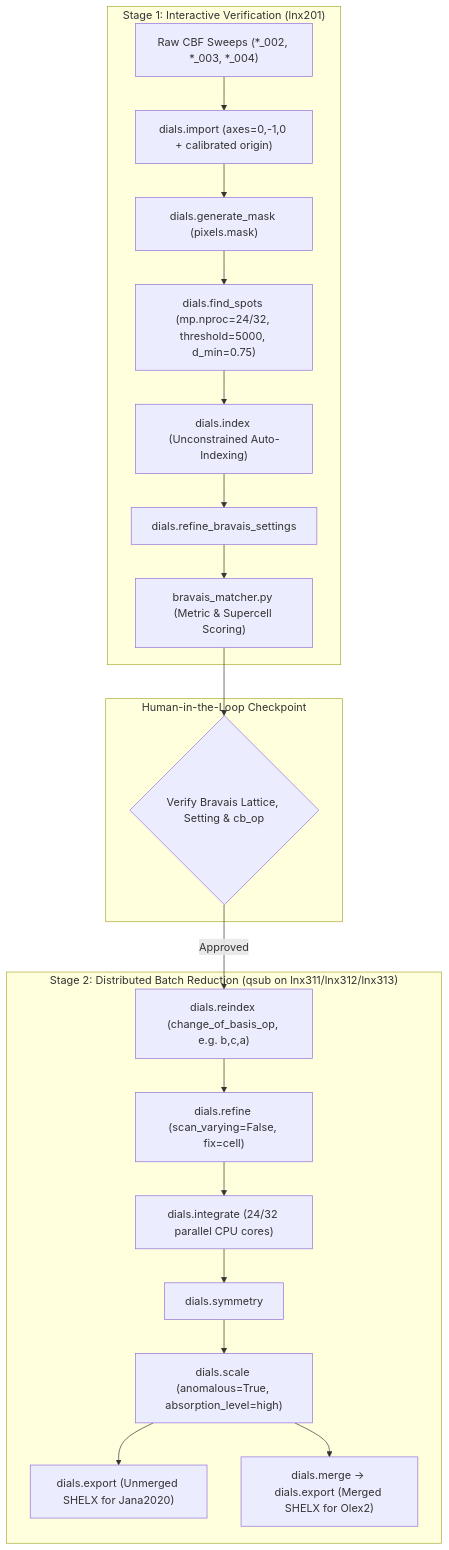
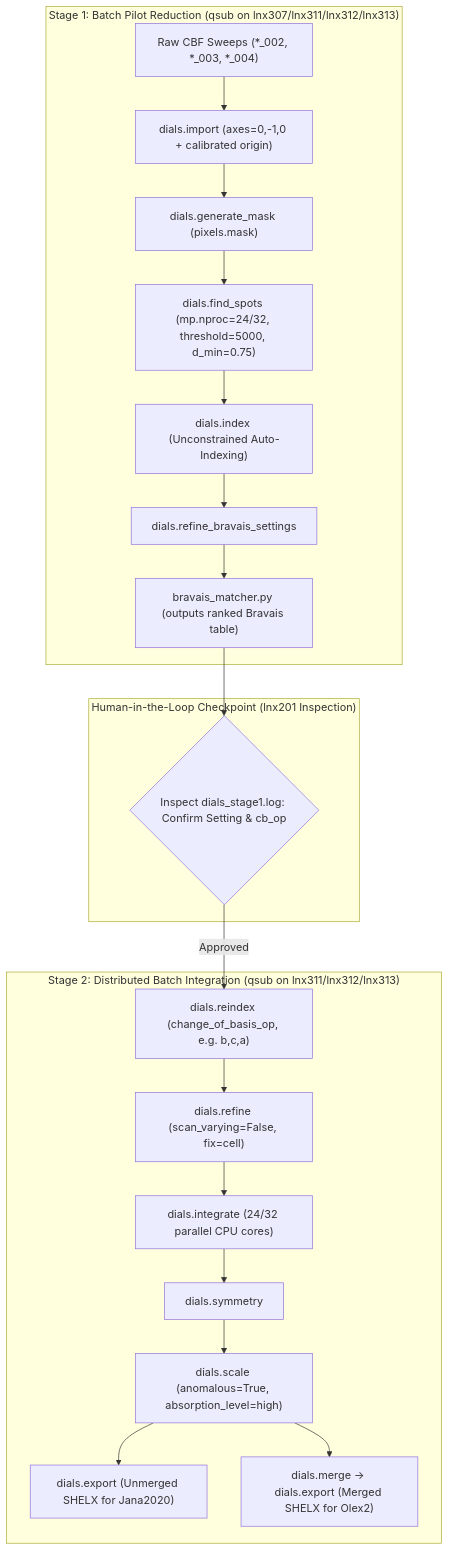
Before and after one commit to stevenjgomez/chess-qm2-ai-skills: the diagram in chess-dials-reduction/SKILL.md, drawn with Mermaid. The commit also changed other lines of this file and 3 other files, not shown here.

Commit message:
docs(rules): enforce zero compute policy on lnx201 across GEMINI.md and dials skill

````diff
--- a/chess-dials-reduction/SKILL.md
+++ b/chess-dials-reduction/SKILL.md
@@ -81,25 +88,25 @@
 ```mermaid
 flowchart TD
-    subgraph Stage1["Stage 1: Interactive Verification (lnx201)"]
+    subgraph Stage1["Stage 1: Batch Pilot Reduction (qsub on lnx307/lnx311/lnx312/lnx313)"]
         A["Raw CBF Sweeps (*_002, *_003, *_004)"] --> B["dials.import (axes=0,-1,0 + calibrated origin)"]
         B --> C["dials.generate_mask (pixels.mask)"]
         C --> D["dials.find_spots (mp.nproc=24/32, threshold=5000, d_min=0.75)"]
         D --> E["dials.index (Unconstrained Auto-Indexing)"]
         E --> F["dials.refine_bravais_settings"]
-        F --> G["bravais_matcher.py (Metric & Supercell Scoring)"]
+        F --> G["bravais_matcher.py (outputs ranked Bravais table)"]
     end
 
-    subgraph Gate["Human-in-the-Loop Checkpoint"]
-        G --> H{"Verify Bravais Lattice, Setting & cb_op"}
+    subgraph Gate["Human-in-the-Loop Checkpoint (lnx201 Inspection)"]
+        G --> H{"Inspect dials_stage1.log: Confirm Setting & cb_op"}
     end
 
-    subgraph Stage2["Stage 2: Distributed Batch Reduction (qsub on lnx311/lnx312/lnx313)"]
+    subgraph Stage2["Stage 2: Distributed Batch Integration (qsub on lnx311/lnx312/lnx313)"]
         H -->|Approved| I["dials.reindex (change_of_basis_op, e.g. b,c,a)"]
         I --> J["dials.refine (scan_varying=False, fix=cell)"]
         J --> K["dials.integrate (24/32 parallel CPU cores)"]
         K --> L["dials.symmetry"]
         L --> M["dials.scale (anomalous=True, absorption_level=high)"]
         M --> N["dials.export (Unmerged SHELX for Jana2020)"]
         M --> O["dials.merge -> dials.export (Merged SHELX for Olex2)"]
     end
 ```
````
